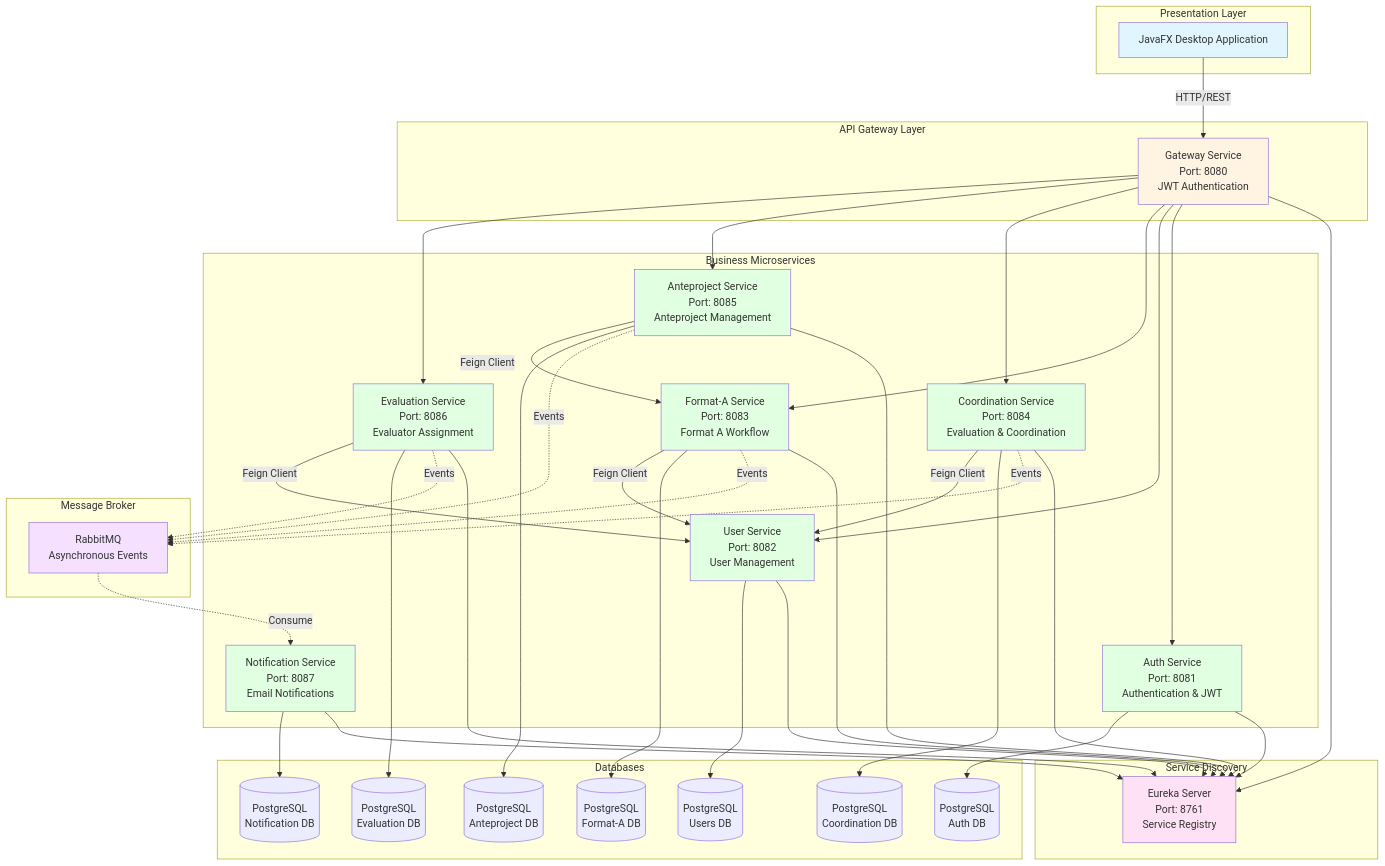
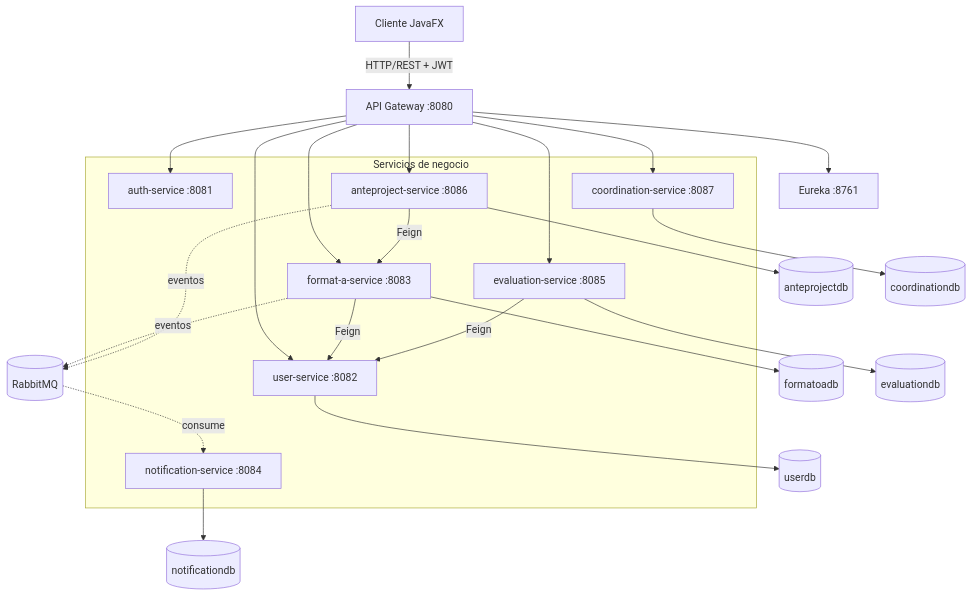
One commit to Julianste15/ProcessManagement changed the second of 2 diagrams in README.md. Above: the diagram before and after it, drawn with Mermaid. The commit also changed other lines of this file and 16 other files, not shown here.

````diff
--- a/README.md
+++ b/README.md
@@ -78,86 +144,37 @@
 ```mermaid
 graph TB
-    subgraph "Presentation Layer"
-        UI[JavaFX Desktop Application]
+    UI[Cliente JavaFX] -->|HTTP/REST + JWT| GW[API Gateway :8080]
+    GW --> EUREKA[Eureka :8761]
+
+    subgraph Servicios de negocio
+        AUTH[auth-service :8081]
+        USER[user-service :8082]
+        FORMATA[format-a-service :8083]
+        NOTIF[notification-service :8084]
+        EVAL[evaluation-service :8085]
+        ANTE[anteproject-service :8086]
+        COORD[coordination-service :8087]
     end
-    
-    subgraph "API Gateway Layer"
-        GW[Gateway Service<br/>Port: 8080<br/>JWT Authentication]
-    end
-    
-    subgraph "Service Discovery"
-        EUREKA[Eureka Server<br/>Port: 8761<br/>Service Registry]
-    end
-    
-    subgraph "Business Microservices"
-        AUTH[Auth Service<br/>Port: 8081<br/>Authentication & JWT]
-        USER[User Service<br/>Port: 8082<br/>User Management]
-        FORMATA[Format-A Service<br/>Port: 8083<br/>Format A Workflow]
-        COORD[Coordination Service<br/>Port: 8084<br/>Evaluation & Coordination]
-        ANTE[Anteproject Service<br/>Port: 8085<br/>Anteproject Management]
-        EVAL[Evaluation Service<br/>Port: 8086<br/>Evaluator Assignment]
-        NOTIF[Notification Service<br/>Port: 8087<br/>Email Notifications]
-    end
-    
-    subgraph "Message Broker"
-        RABBIT[RabbitMQ<br/>Asynchronous Events]
-    end
-    
-    subgraph "Databases"
-        DB1[(PostgreSQL<br/>Auth DB)]
-        DB2[(PostgreSQL<br/>Users DB)]
-        DB3[(PostgreSQL<br/>Format-A DB)]
-        DB4[(PostgreSQL<br/>Coordination DB)]
-        DB5[(PostgreSQL<br/>Anteproject DB)]
-        DB6[(PostgreSQL<br/>Evaluation DB)]
-        DB7[(PostgreSQL<br/>Notification DB)]
-    end
-    
-    UI -->|HTTP/REST| GW
-    GW --> EUREKA
+
     GW --> AUTH
     GW --> USER
     GW --> FORMATA
-    GW --> COORD
     GW --> ANTE
     GW --> EVAL
-    
-    AUTH --> EUREKA
-    USER --> EUREKA
-    FORMATA --> EUREKA
-    COORD --> EUREKA
-    ANTE --> EUREKA
-    EVAL --> EUREKA
-    NOTIF --> EUREKA
-    
-    FORMATA -.->|Events| RABBIT
-    COORD -.->|Events| RABBIT
-    ANTE -.->|Events| RABBIT
-    EVAL -.->|Events| RABBIT
-    RABBIT -.->|Consume| NOTIF
-    
-    AUTH --> DB1
-    USER --> DB2
-    FORMATA --> DB3
-    COORD --> DB4
-    ANTE --> DB5
-    EVAL --> DB6
-    NOTIF --> DB7
-    
-    FORMATA -->|Feign Client| USER
-    COORD -->|Feign Client| USER
-    ANTE -->|Feign Client| FORMATA
-    EVAL -->|Feign Client| USER
+    GW --> COORD
 
-    style UI fill:#e1f5ff
-    style GW fill:#fff4e1
-    style EUREKA fill:#ffe1f5
-    style RABBIT fill:#f5e1ff
-    style AUTH fill:#e1ffe1
-    style USER fill:#e1ffe1
-    style FORMATA fill:#e1ffe1
-    style COORD fill:#e1ffe1
-    style ANTE fill:#e1ffe1
-    style EVAL fill:#e1ffe1
-    style NOTIF fill:#e1ffe1
+    FORMATA -.->|eventos| RABBIT[(RabbitMQ)]
+    ANTE -.->|eventos| RABBIT
+    RABBIT -.->|consume| NOTIF
+
+    USER --> DB2[(userdb)]
+    FORMATA --> DB3[(formatoadb)]
+    NOTIF --> DB7[(notificationdb)]
+    ANTE --> DB6[(anteprojectdb)]
+    EVAL --> DB5[(evaluationdb)]
+    COORD --> DB4[(coordinationdb)]
+
+    FORMATA -->|Feign| USER
+    ANTE -->|Feign| FORMATA
+    EVAL -->|Feign| USER
 ```
````
